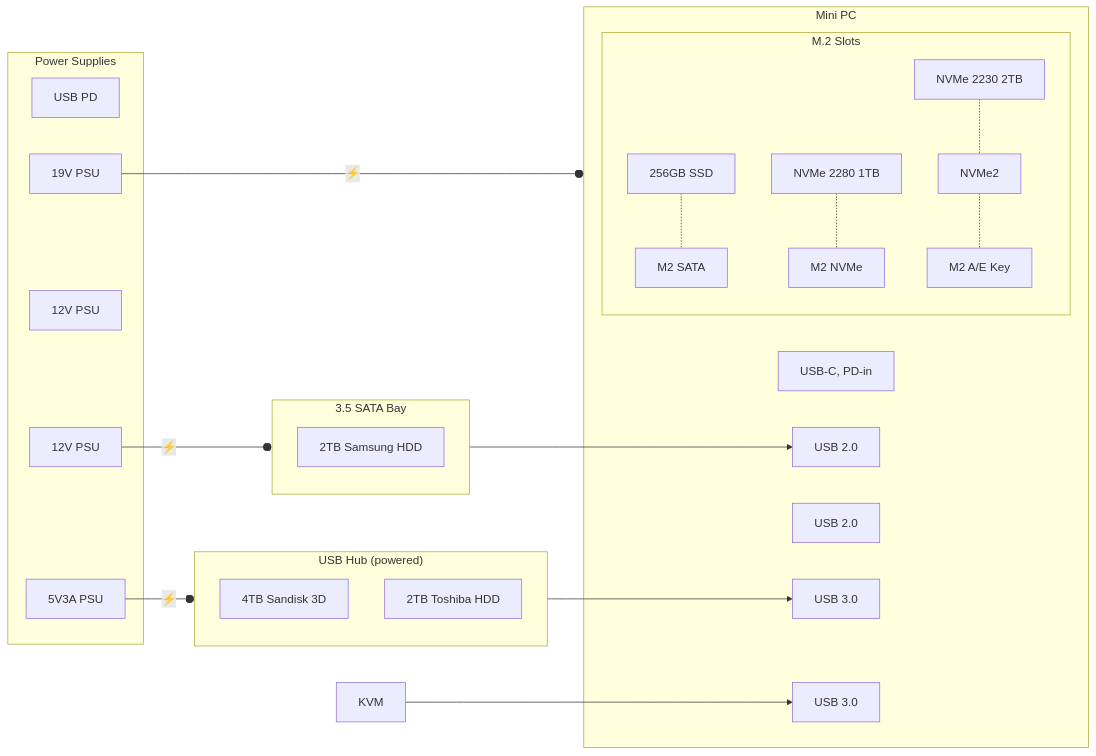
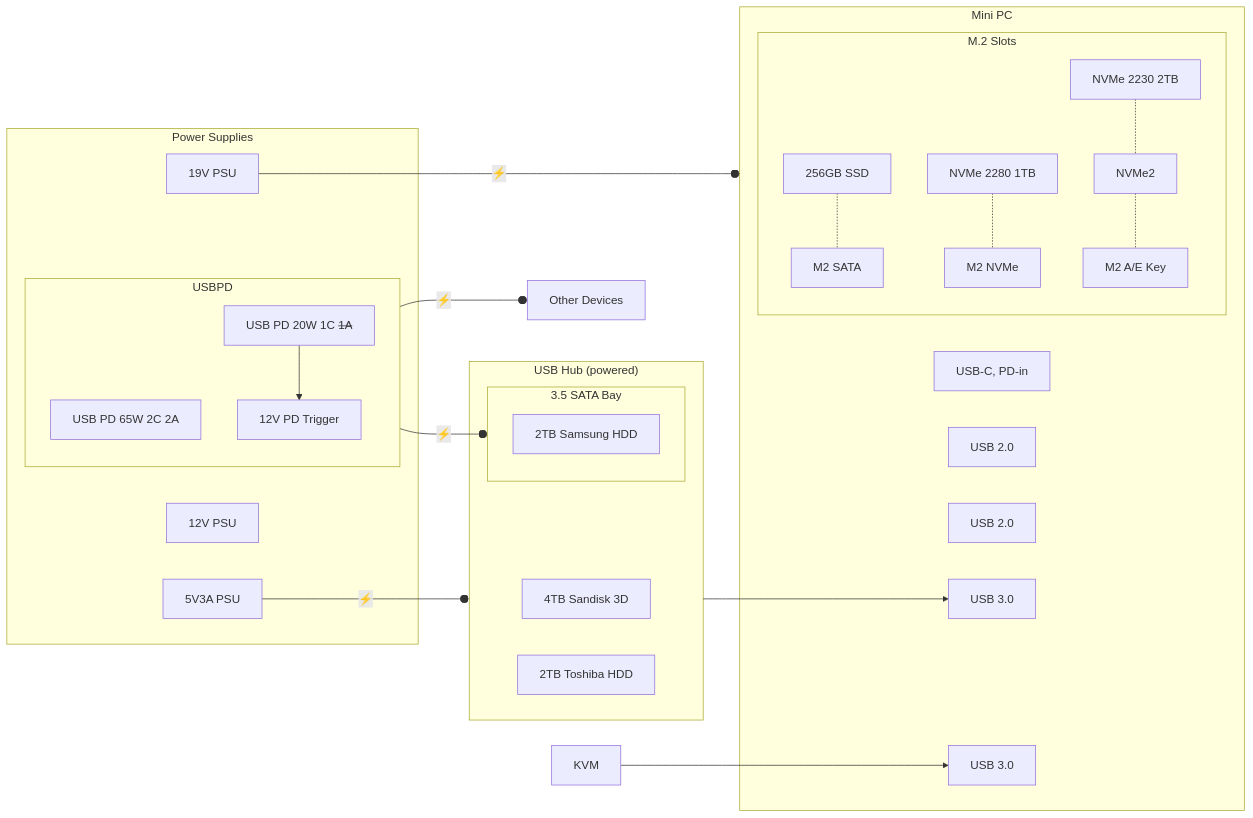
Before and after one commit to ubunatic/dotfiles: the first of 2 diagrams in homelab/docs/Storage.md, drawn with Mermaid. The commit also changed other lines of this file and 19 other files, not shown here.

````diff
--- a/homelab/docs/Storage.md
+++ b/homelab/docs/Storage.md
@@ -15,40 +43,47 @@
 ```mermaid
 graph LR
     subgraph Mini[Mini PC]
         USBC[USB-C, PD-in]
         subgraph M2[M.2 Slots]
           256G[256GB SSD] -.- M2SATA[M2 SATA]
           NVMe1TB[NVMe 2280 1TB] -.- NVMe1[M2 NVMe]
           NVMe2TB[NVMe 2230 2TB] -.- NVMe2 -.- M2AE[M2 A/E Key]
         end
         USB2.1[USB 2.0]
         USB2.2[USB 2.0]
         USB3.1[USB 3.0]
         USB3.2[USB 3.0]
     end
 
     subgraph SATABay[3.5 SATA Bay]
         HDD2S[2TB Samsung HDD]
     end
 
     subgraph USBHub["USB Hub (powered)"]
+        subgraph SATABay[3.5 SATA Bay]
+            HDD2S[2TB Samsung HDD]
+        end
         SSD4[4TB Sandisk 3D]
         SSD2[2TB Toshiba HDD]
     end
 
     subgraph Power[Power Supplies]
-        USBPD[USB PD]
+        subgraph USBPD
+        direction TB
+        USBPD65W[USB PD 65W 2C 2A]
+        USBPD20W[USB PD 20W 1C <strike>1A</strike>] --> PSU12V.2[12V PD Trigger]
+        end
         PSU19V[19V PSU]
         PSU12V.1[12V PSU]
-        PSU12V.2[12V PSU]
         USB5V[5V3A PSU]
     end
 
+    USBPD65W --o|⚡️| other[Other Devices]
+
     KVM --> USB3.2
-    SATABay --> USB2.1
     USBHub --> USB3.1
 
     USB5V --o|⚡️| USBHub
     PSU19V --o|⚡️| Mini
-    PSU12V.2[12V PSU] --o|⚡️| SATABay
+    PSU12V.2 --o|⚡️| SATABay
 ```
````
